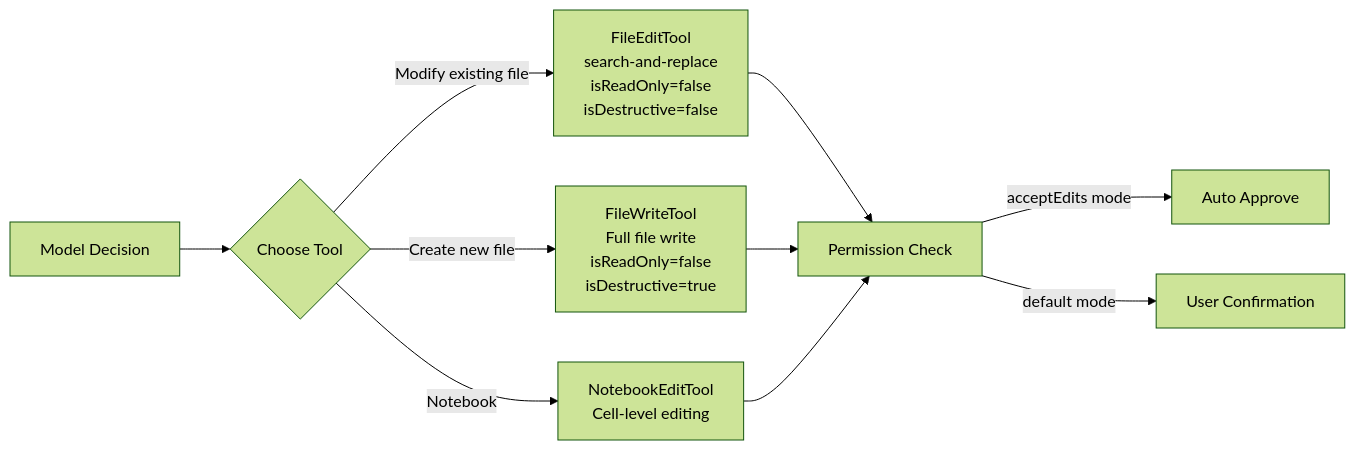
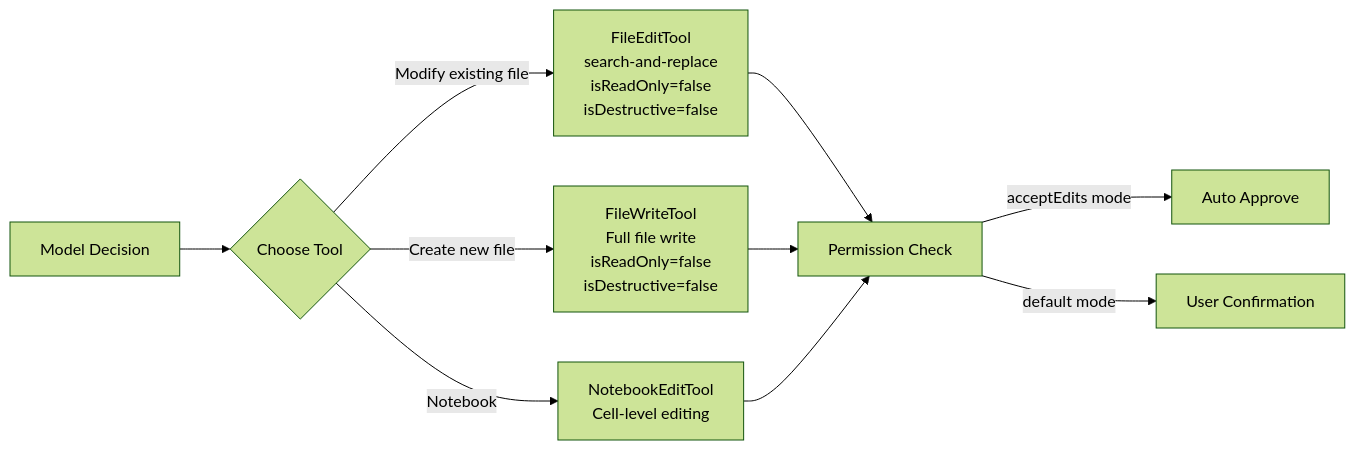
One commit to Windy3f3f3f3f/how-claude-code-works changed the diagram in en/docs/05-code-editing-strategy.md. Above: the diagram before and after it, drawn with Mermaid (forest theme). The commit also changed other lines of this file and 36 other files, not shown here.

````diff
--- a/en/docs/05-code-editing-strategy.md
+++ b/en/docs/05-code-editing-strategy.md
@@ -772,14 +772,14 @@
 ```mermaid
 graph LR
     Model[Model Decision] --> Choice{Choose Tool}
     Choice -->|Modify existing file| Edit[FileEditTool<br/>search-and-replace<br/>isReadOnly=false<br/>isDestructive=false]
-    Choice -->|Create new file| Write[FileWriteTool<br/>Full file write<br/>isReadOnly=false<br/>isDestructive=true]
+    Choice -->|Create new file| Write[FileWriteTool<br/>Full file write<br/>isReadOnly=false<br/>isDestructive=false]
     Choice -->|Notebook| NB[NotebookEditTool<br/>Cell-level editing]
 
     Edit --> Perm[Permission Check]
     Write --> Perm
     NB --> Perm
 
     Perm -->|acceptEdits mode| Auto[Auto Approve]
     Perm -->|default mode| Ask[User Confirmation]
 ```
````
